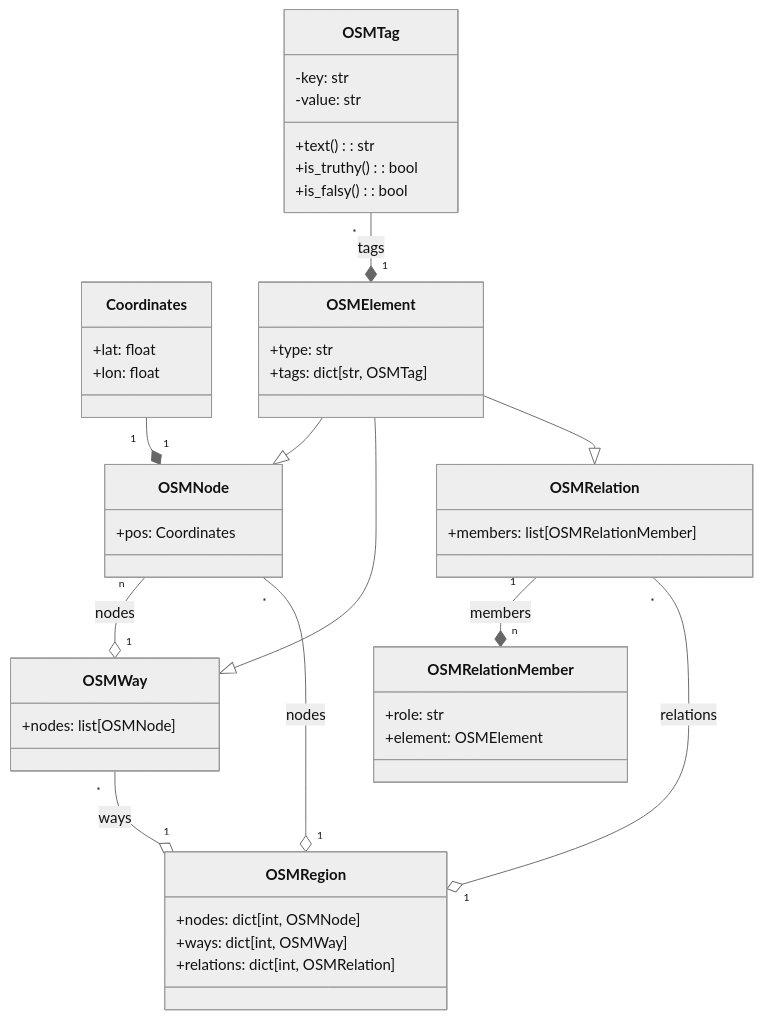
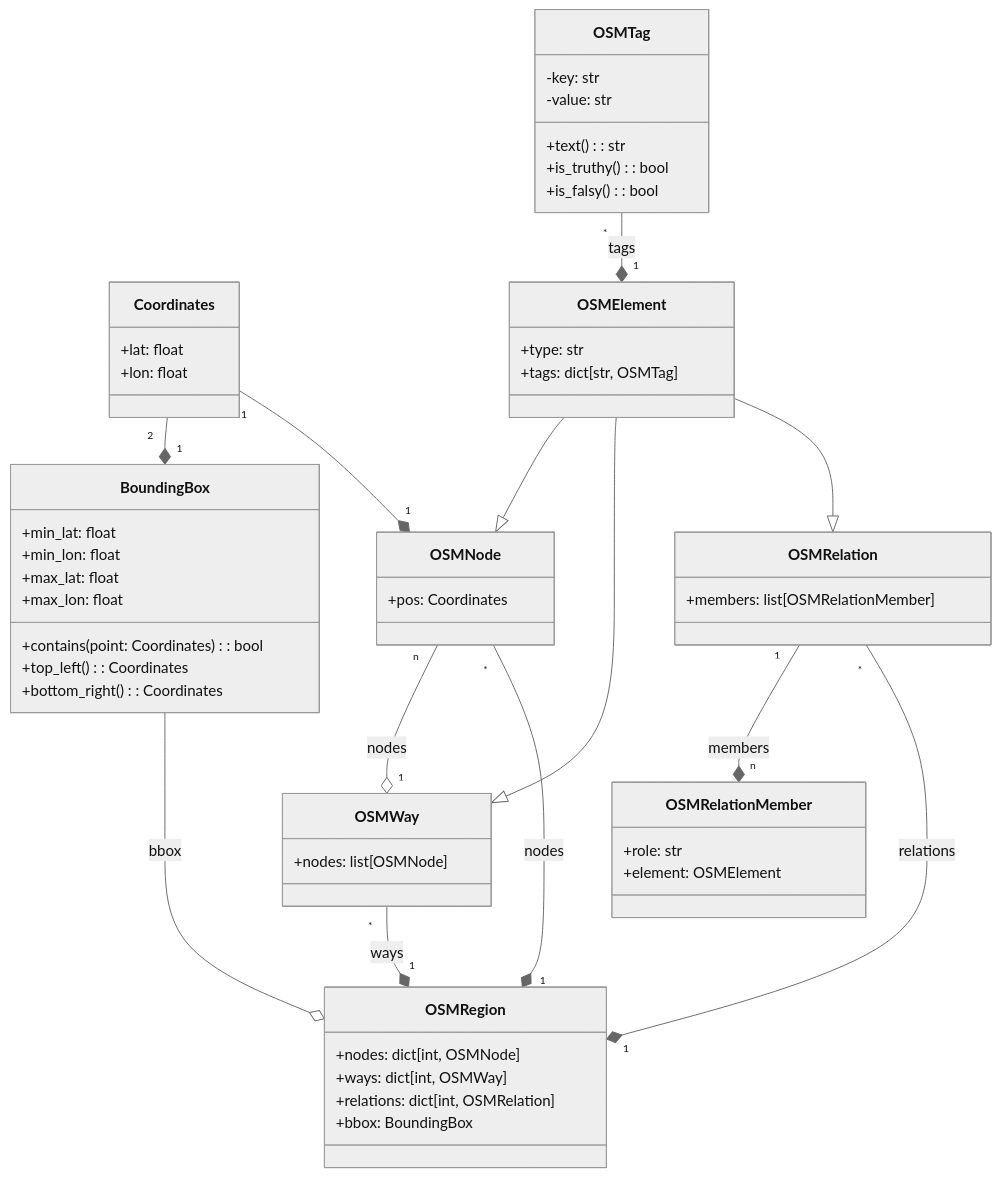
Before and after one commit to RandomSearch18/a-level-project: the fourth of 5 diagrams in docs/readme.md, drawn with Mermaid (neutral theme). The commit also changed other lines of this file, not shown here.

Commit message:
Class diagrams: Start trying to work out how route calculation will work

````diff
--- a/docs/readme.md
+++ b/docs/readme.md
@@ -1122,55 +1122,68 @@
 ```mermaid
 classDiagram
 direction BT
 class Coordinates {
   +lat: float
   +lon: float
+}
+
+BoundingBox "1" *-- "2" Coordinates
+class BoundingBox {
+  +min_lat: float
+  +min_lon: float
+  +max_lat: float
+  +max_lon: float
+  +contains(point: Coordinates): bool
+  +top_left(): Coordinates
+  +bottom_right(): Coordinates
 }
 
 class OSMTag {
   -key: str
   -value: str
   +text(): str
   +is_truthy(): bool
   +is_falsy(): bool
 }
 
 OSMElement "1" *-- "*" OSMTag : tags
 class OSMElement {
   +type: str
   +tags: dict[str, OSMTag]
 }
 
 OSMNode <|-- OSMElement
 OSMNode "1" *-- "1" Coordinates
 class OSMNode {
   +pos: Coordinates
 }
 
 OSMWay <|-- OSMElement
 OSMWay "1" o-- "n" OSMNode : nodes
 class OSMWay {
   +nodes: list[OSMNode]
 }
 
 OSMRelationMember "n" *-- "1" OSMRelation : members
 class OSMRelationMember {
   +role: str
   +element: OSMElement
 }
 
 OSMRelation <|-- OSMElement
 class OSMRelation {
   +members: list[OSMRelationMember]
 }
 
 %% OSMRegion "1" o-- "*" OSMElement : nodes, ways, relations
-OSMRegion "1" o-- "*" OSMNode : nodes
-OSMRegion "1" o-- "*" OSMWay : ways
-OSMRegion "1" o-- "*" OSMRelation : relations
+OSMRegion "1" *-- "*" OSMNode : nodes
+OSMRegion "1" *-- "*" OSMWay : ways
+OSMRegion "1" *-- "*" OSMRelation : relations
+OSMRegion o-- BoundingBox : bbox
 class OSMRegion {
   +nodes: dict[int, OSMNode]
   +ways: dict[int, OSMWay]
   +relations: dict[int, OSMRelation]
+  +bbox: BoundingBox
 }
 ```
````
